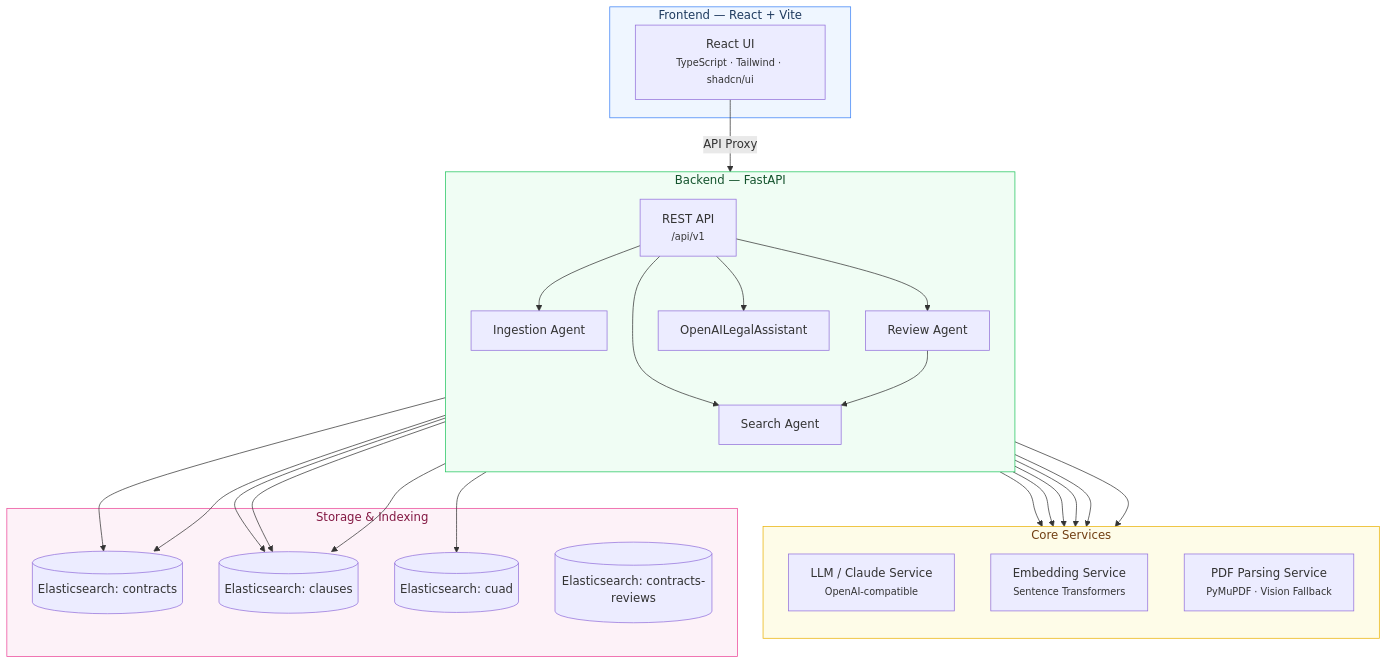
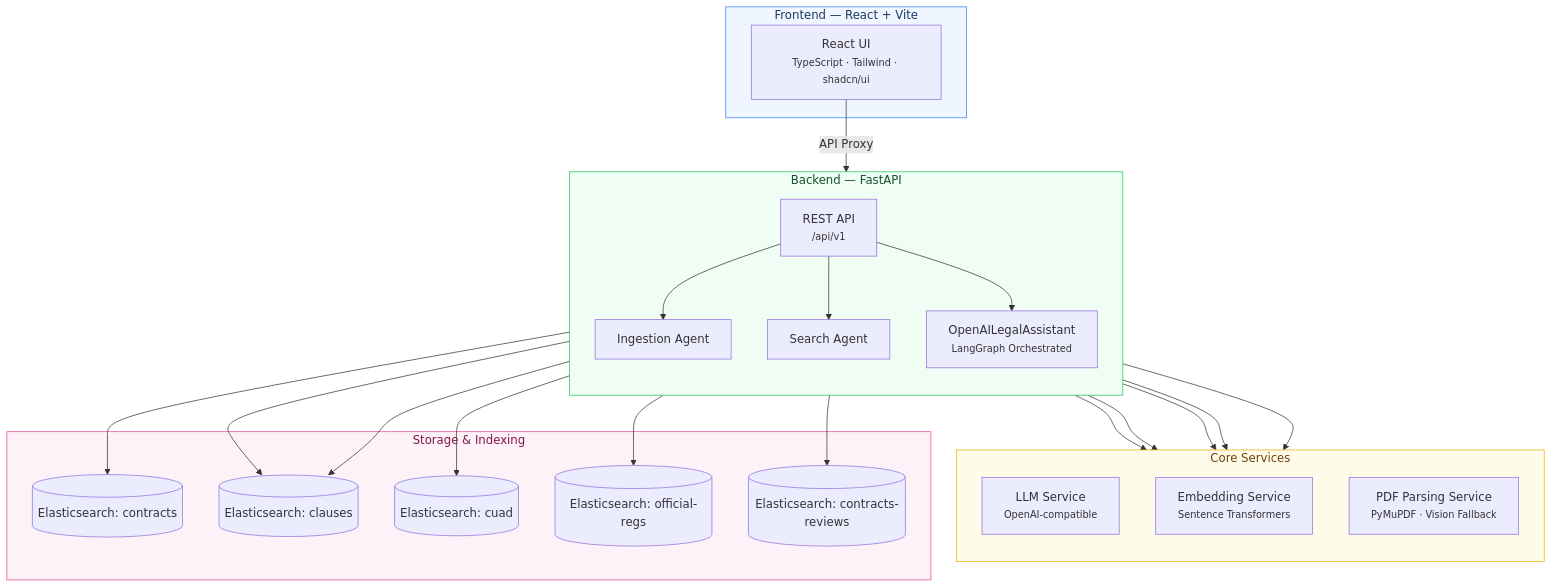
Before and after one commit to Liorohan10/ClauseGuard-main: the first of 4 diagrams in README.md, drawn with Mermaid. The commit also changed other lines of this file, not shown here.

````diff
--- a/README.md
+++ b/README.md
@@ -11,57 +11,53 @@
 ```mermaid
 graph TB
     subgraph Frontend["Frontend — React + Vite"]
         UI[React UI<br/><small>TypeScript · Tailwind · shadcn/ui</small>]
     end
 
     subgraph Backend["Backend — FastAPI"]
         direction TB
         API[REST API<br/><small>/api/v1</small>]
         IA[Ingestion Agent]
         SA[Search Agent]
-        RA[Review Agent]
-        OAI[OpenAILegalAssistant]
+        OAI[OpenAILegalAssistant<br/><small>LangGraph Orchestrated</small>]
         
         API --> IA
         API --> SA
-        API --> RA
         API --> OAI
     end
 
     subgraph Services["Core Services"]
         direction TB
-        LLM[LLM / Claude Service<br/><small>OpenAI-compatible</small>]
+        LLM[LLM Service<br/><small>OpenAI-compatible</small>]
         EMB[Embedding Service<br/><small>Sentence Transformers</small>]
         PDF[PDF Parsing Service<br/><small>PyMuPDF · Vision Fallback</small>]
     end
 
     subgraph Storage["Storage & Indexing"]
         ES_Contracts[(Elasticsearch: contracts)]
         ES_Clauses[(Elasticsearch: clauses)]
         ES_CUAD[(Elasticsearch: cuad)]
+        ES_Regs[(Elasticsearch: official-regs)]
         ES_Reviews[(Elasticsearch: contracts-reviews)]
     end
 
     UI -- "API Proxy" --> API
     IA --> PDF
-    IA --> LLM
     IA --> EMB
     IA --> ES_Contracts
     IA --> ES_Clauses
     
     SA --> EMB
     SA --> ES_Clauses
     SA --> ES_CUAD
     
-    RA --> LLM
-    RA --> ES_Contracts
-    RA --> ES_Clauses
-    RA --> SA
-    
     OAI --> LLM
+    OAI --> EMB
+    OAI --> ES_Regs
+    OAI --> ES_Reviews
     
     style Frontend fill:#eff6ff,stroke:#3b82f6,color:#1e3a5f
     style Backend fill:#f0fdf4,stroke:#22c55e,color:#14532d
     style Services fill:#fefce8,stroke:#eab308,color:#713f12
     style Storage fill:#fdf2f8,stroke:#ec4899,color:#831843
 ```
````
